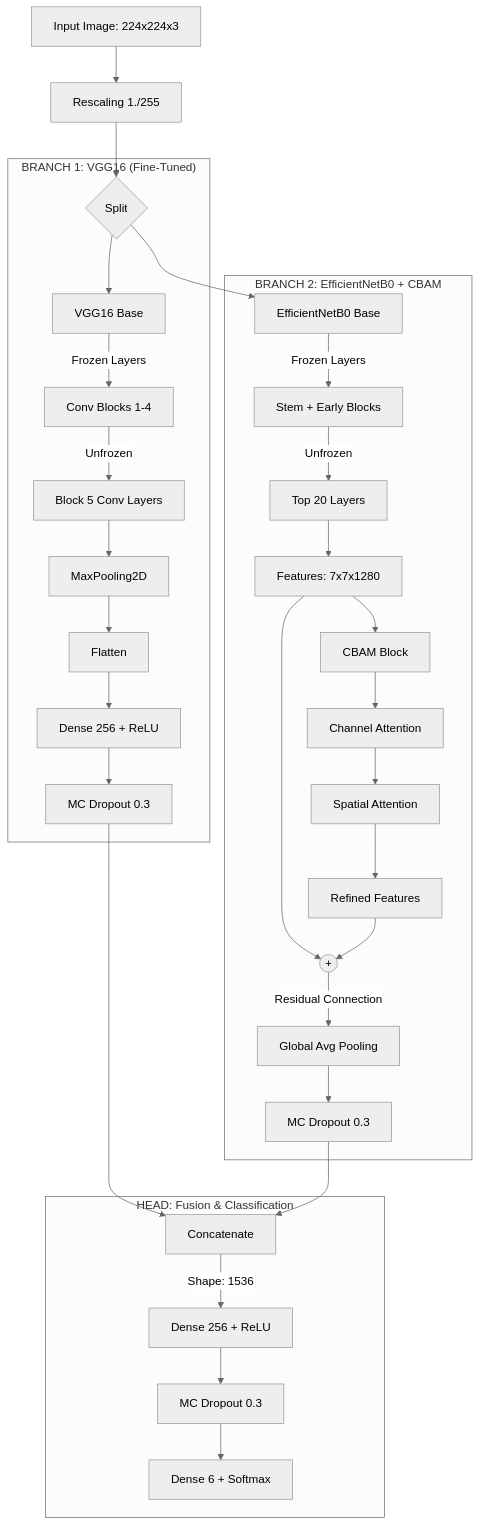
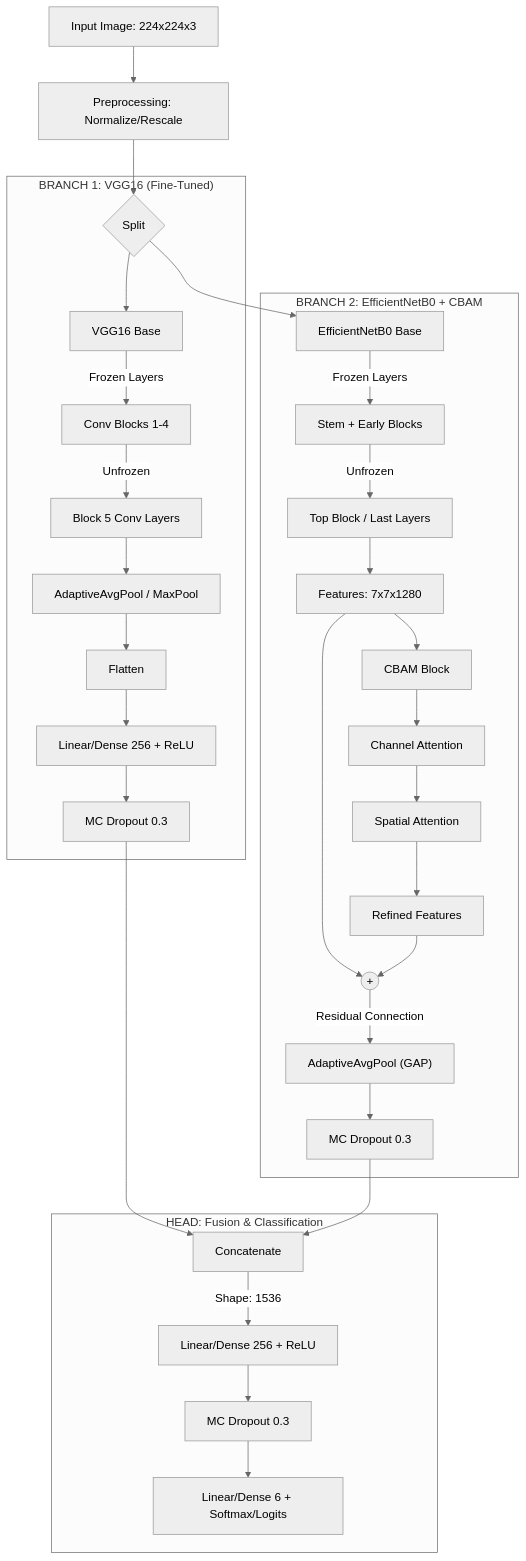
The diagram in README.md (MasFana/Hybrid-CNN-VGG16-EfficientNetB0-dengan-CBAM), drawn with Mermaid (neutral theme) before and after one commit. The commit also changed other lines of this file and 14 other files, not shown here.

````diff
--- a/README.md
+++ b/README.md
@@ -16,41 +23,41 @@
 ```mermaid
 graph TD
-    INPUT[Input Image: 224x224x3] --> RESCALE[Rescaling 1./255]
-    RESCALE --> SPLIT{Split}
+    INPUT[Input Image: 224x224x3] --> PREPROC[Preprocessing: Normalize/Rescale]
+    PREPROC --> SPLIT{Split}
 
     subgraph "BRANCH 1: VGG16 (Fine-Tuned)"
     SPLIT --> VGG_IN[VGG16 Base]
     VGG_IN -->|Frozen Layers| VGG_CONV[Conv Blocks 1-4]
     VGG_CONV -->|Unfrozen| VGG_LAST[Block 5 Conv Layers]
-    VGG_LAST --> VGG_POOL[MaxPooling2D]
+    VGG_LAST --> VGG_POOL[AdaptiveAvgPool / MaxPool]
     VGG_POOL --> VGG_FLAT[Flatten]
-    VGG_FLAT --> VGG_DENSE[Dense 256 + ReLU]
+    VGG_FLAT --> VGG_DENSE[Linear/Dense 256 + ReLU]
     VGG_DENSE --> VGG_DROP[MC Dropout 0.3]
     end
 
     subgraph "BRANCH 2: EfficientNetB0 + CBAM"
     SPLIT --> EFF_IN[EfficientNetB0 Base]
     EFF_IN -->|Frozen Layers| EFF_BLOCKS[Stem + Early Blocks]
-    EFF_BLOCKS -->|Unfrozen| EFF_LAST[Top 20 Layers]
+    EFF_BLOCKS -->|Unfrozen| EFF_LAST[Top Block / Last Layers]
     EFF_LAST --> EFF_FEAT[Features: 7x7x1280]
     
     EFF_FEAT --> CBAM_IN[CBAM Block]
     CBAM_IN --> CHAN_ATT[Channel Attention]
     CHAN_ATT --> SPAT_ATT[Spatial Attention]
     SPAT_ATT --> CBAM_OUT[Refined Features]
     
     EFF_FEAT --> ADD((+))
     CBAM_OUT --> ADD
-    ADD -->|Residual Connection| EFF_GAP[Global Avg Pooling]
+    ADD -->|Residual Connection| EFF_GAP["AdaptiveAvgPool (GAP)"]
     EFF_GAP --> EFF_DROP[MC Dropout 0.3]
     end
 
     VGG_DROP --> CONCAT[Concatenate]
     EFF_DROP --> CONCAT
     
     subgraph "HEAD: Fusion & Classification"
-    CONCAT -->|Shape: 1536| FUS_DENSE[Dense 256 + ReLU]
+    CONCAT -->|Shape: 1536| FUS_DENSE[Linear/Dense 256 + ReLU]
     FUS_DENSE --> FUS_DROP[MC Dropout 0.3]
-    FUS_DROP --> OUTPUT[Dense 6 + Softmax]
+    FUS_DROP --> OUTPUT[Linear/Dense 6 + Softmax/Logits]
     end
 ```
````
